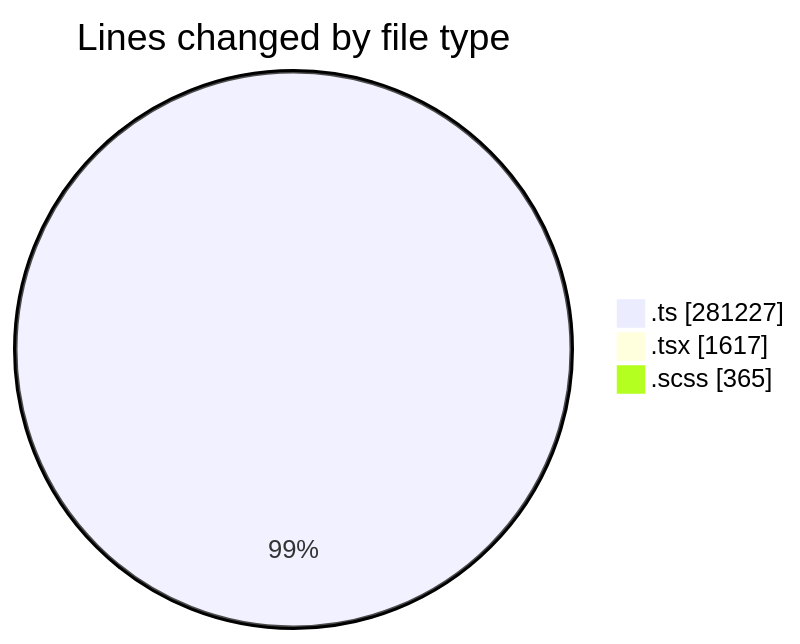
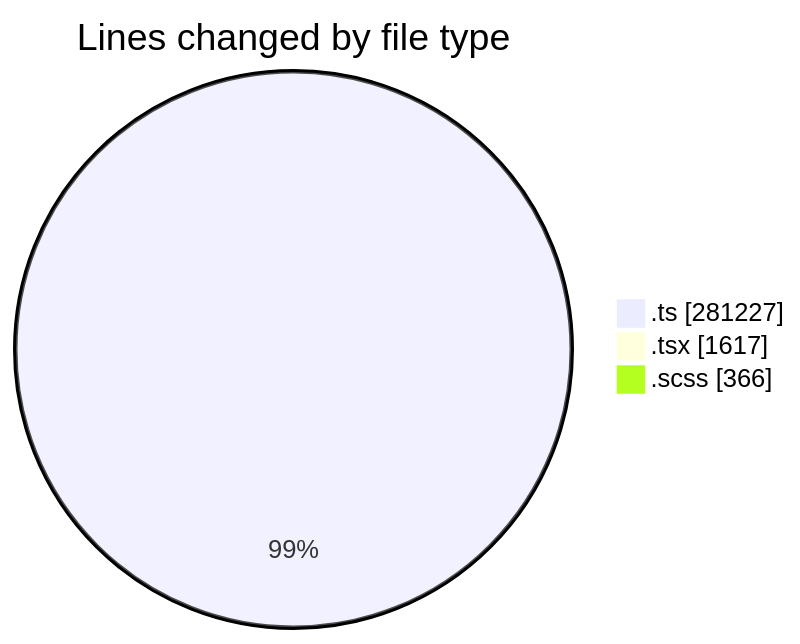
The first of 2 diagrams in 2025-08-22/cda/README.md (momahboobian/code-tracking), drawn with Mermaid before and after one commit. The commit also changed other lines of this file and 1 other file, not shown here.

````diff
--- a/2025-08-22/cda/README.md
+++ b/2025-08-22/cda/README.md
@@ -40,7 +40,7 @@
 ```mermaid
 pie showData
 title Lines changed by file type
 ".ts" : 281227
 ".tsx" : 1617
-".scss" : 365
+".scss" : 366
 ```
````
